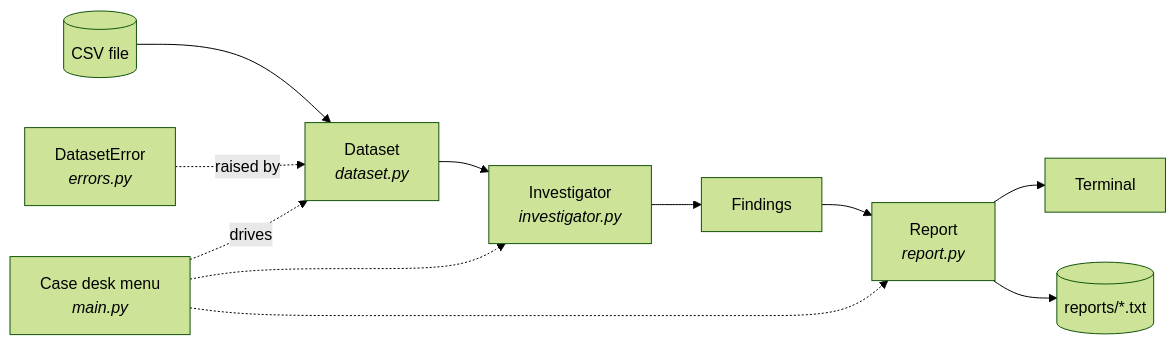
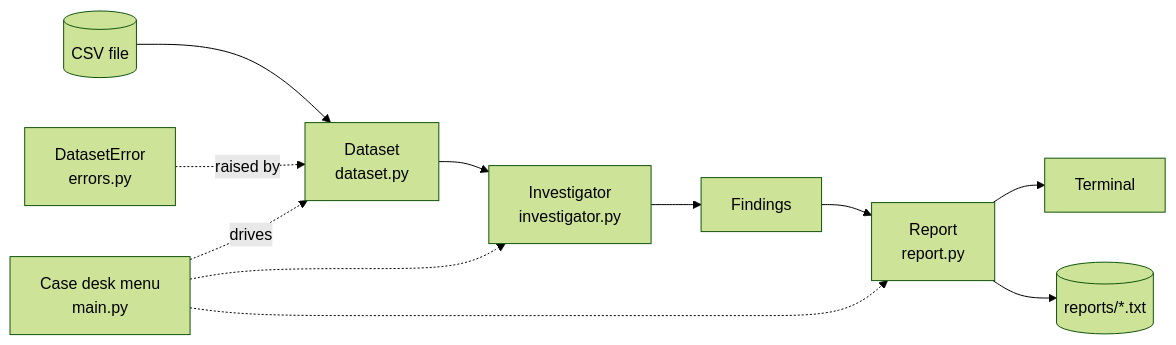
Before and after one commit to prajwalbankar/Python-Data-Detective: the diagram in README.md, drawn with Mermaid (forest theme).

Commit message:
docs: use conservative Mermaid syntax for the pipeline diagram

````diff
--- a/README.md
+++ b/README.md
@@ -172,13 +172,13 @@
 ```mermaid
 flowchart LR
-    CSV[("CSV file")] --> D["Dataset<br/><i>dataset.py</i>"]
-    D --> I["Investigator<br/><i>investigator.py</i>"]
+    CSV[("CSV file")] --> D["Dataset<br/>dataset.py"]
+    D --> I["Investigator<br/>investigator.py"]
     I --> F["Findings"]
-    F --> R["Report<br/><i>report.py</i>"]
+    F --> R["Report<br/>report.py"]
     R --> T["Terminal"]
     R --> TXT[("reports/*.txt")]
-    M["Case desk menu<br/><i>main.py</i>"] -.drives.-> D
+    M["Case desk menu<br/>main.py"] -. drives .-> D
     M -.-> I
     M -.-> R
-    E["DatasetError<br/><i>errors.py</i>"] -.raised by.-> D
+    E["DatasetError<br/>errors.py"] -. raised by .-> D
 ```
````
